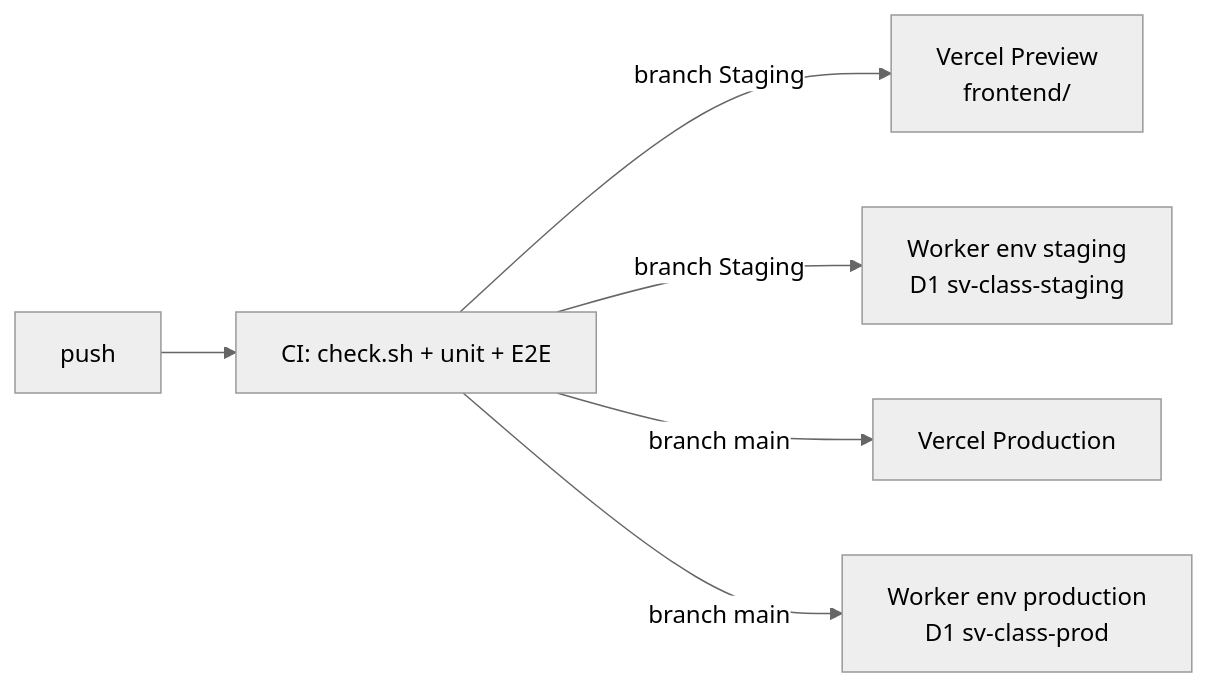
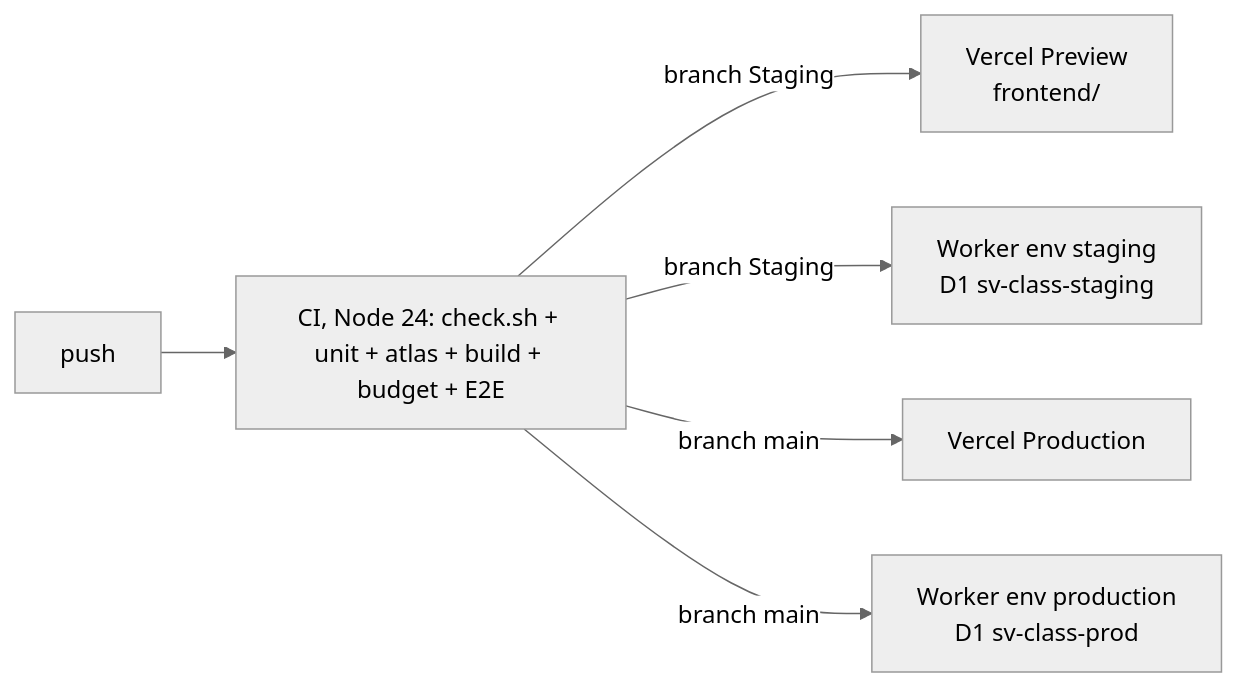
The third of 3 diagrams in docs/architecture/SYSTEM_DESIGN.md (trungtran17822/VietNam_history), drawn with Mermaid (neutral theme) before and after one commit. The commit also changed other lines of this file and 30 other files, not shown here.

````diff
--- a/docs/architecture/SYSTEM_DESIGN.md
+++ b/docs/architecture/SYSTEM_DESIGN.md
@@ -165,8 +165,8 @@
 ```mermaid
 flowchart LR
-  P[push] --> C[CI: check.sh + unit + E2E]
+  P[push] --> C[CI, Node 24: check.sh + unit + atlas + build + budget + E2E]
   C -->|branch Staging| VP[Vercel Preview<br/>frontend/]
   C -->|branch Staging| CS[Worker env staging<br/>D1 sv-class-staging]
   C -->|branch main| VPr[Vercel Production]
   C -->|branch main| CP[Worker env production<br/>D1 sv-class-prod]
 ```
````
